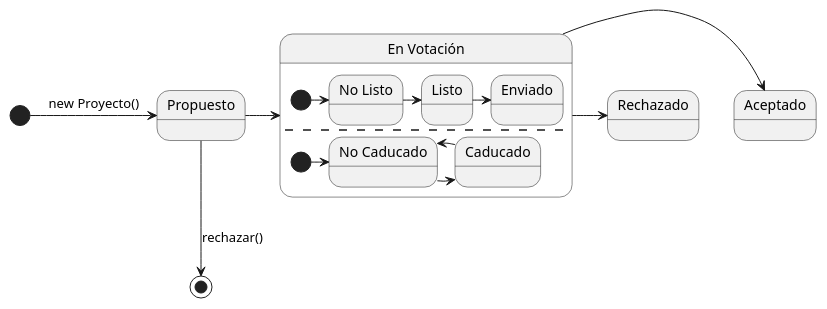
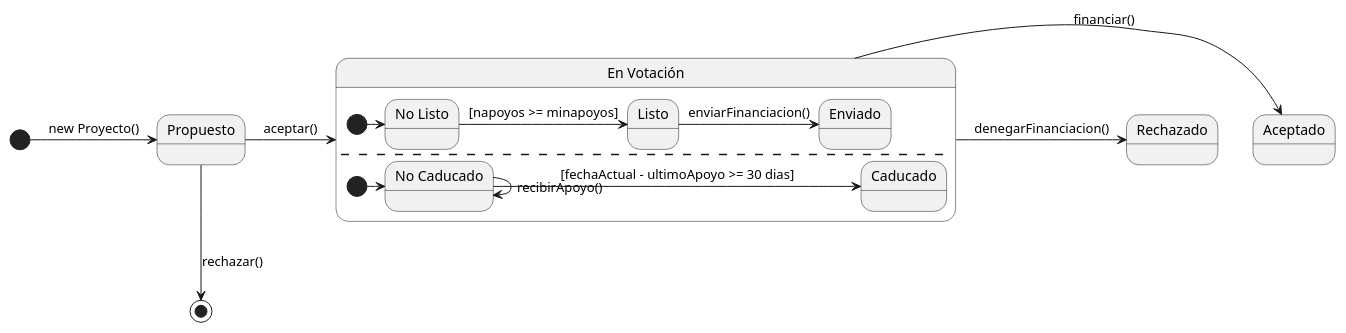
The diagram in Proyecto.pu (Fgp910/PADSOF_2020), drawn with PlantUML before and after one commit.

```diff
--- a/Proyecto.pu
+++ b/Proyecto.pu
@@ -1,20 +1,20 @@
 @startuml
 [*]-right->Propuesto: new Proyecto()
 Propuesto-down->[*]: rechazar()
 
 state "En Votación" as votacion {
     state "No Listo" as nolisto
     [*]->nolisto
-    nolisto->Listo
-    Listo->Enviado
+    nolisto->Listo: [napoyos >= minapoyos]
+    Listo->Enviado: enviarFinanciacion()
     --
     state "No Caducado" as nocaducado
     [*]->nocaducado
-    nocaducado-right->Caducado
-    Caducado-left->nocaducado
+    nocaducado-right->Caducado: [fechaActual - ultimoApoyo >= 30 dias]
+    nocaducado-->nocaducado: recibirApoyo()
 }
-Propuesto->votacion
-votacion-right->Aceptado
-votacion-right->Rechazado
+Propuesto->votacion: aceptar()
+votacion-right->Aceptado: financiar()
+votacion-right->Rechazado: denegarFinanciacion()
 
 @enduml
```
